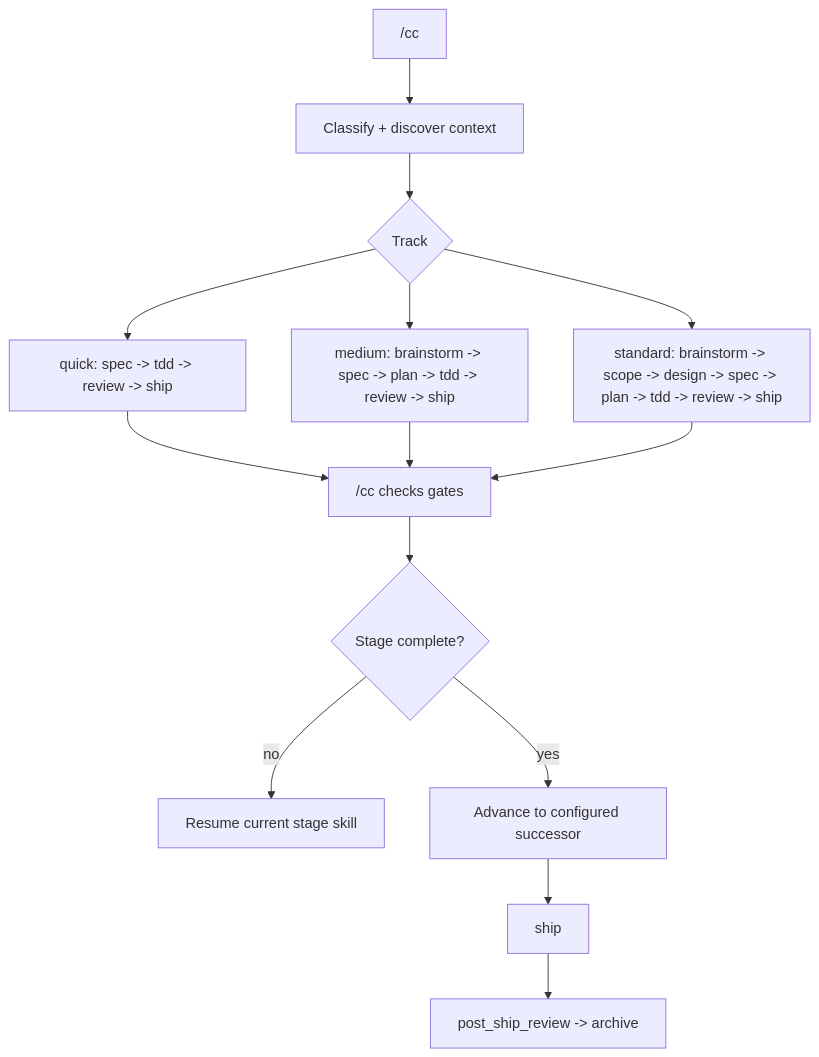
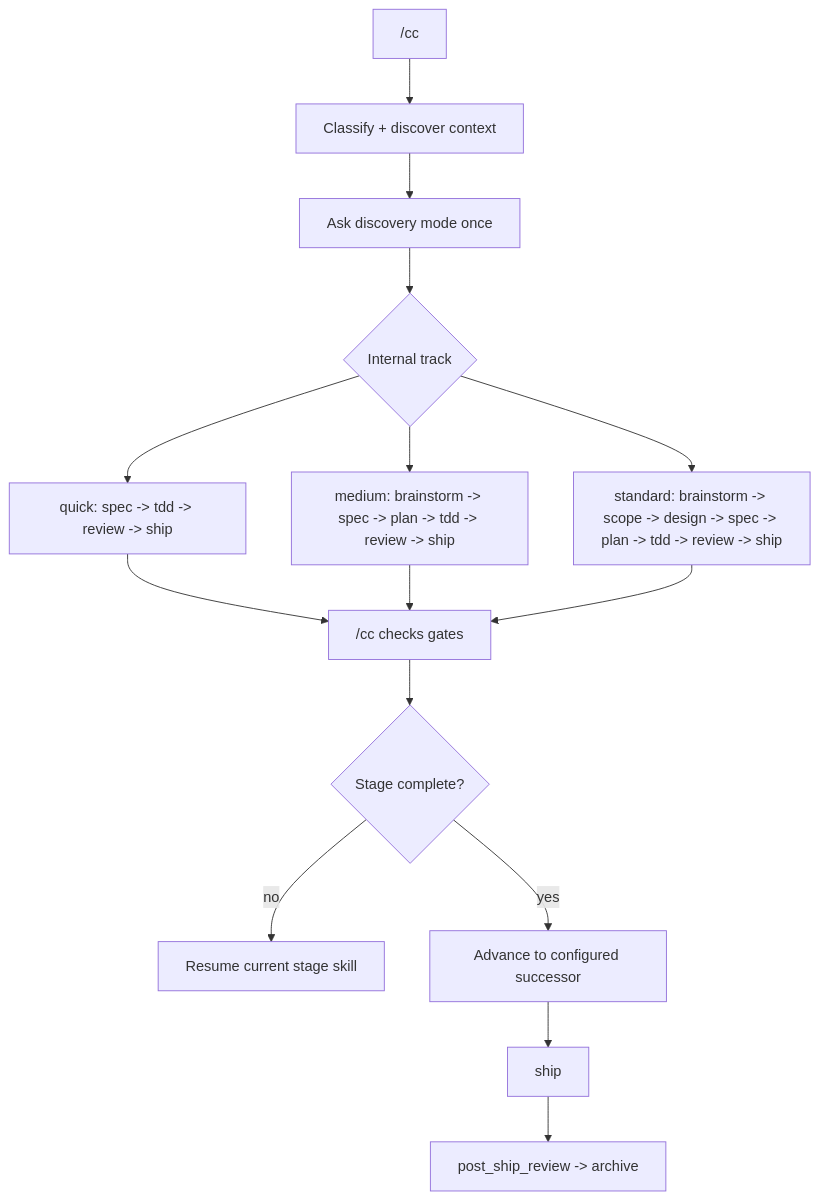
One commit to zuevrs/cclaw changed the first of 3 diagrams in docs/scheme-of-work.md. Above: the diagram before and after it, drawn with Mermaid. The commit also changed other lines of this file and 37 other files, not shown here.

First line of the commit message:
feat: unify start mode behind discoveryMode (lean/guided/deep) (#189)

````diff
--- a/docs/scheme-of-work.md
+++ b/docs/scheme-of-work.md
@@ -25,16 +26,17 @@
 ```mermaid
 flowchart TD
   start["/cc <idea>"] --> classify["Classify + discover context"]
-  classify --> track{Track}
+  classify --> mode["Ask discovery mode once"]
+  mode --> track{Internal track}
   track --> quick["quick: spec -> tdd -> review -> ship"]
   track --> medium["medium: brainstorm -> spec -> plan -> tdd -> review -> ship"]
   track --> standard["standard: brainstorm -> scope -> design -> spec -> plan -> tdd -> review -> ship"]
   quick --> next["/cc checks gates"]
   medium --> next
   standard --> next
   next --> complete{"Stage complete?"}
   complete -->|no| resume["Resume current stage skill"]
   complete -->|yes| advance["Advance to configured successor"]
   advance --> ship["ship"]
   ship --> closeout["post_ship_review -> archive"]
 ```
````
